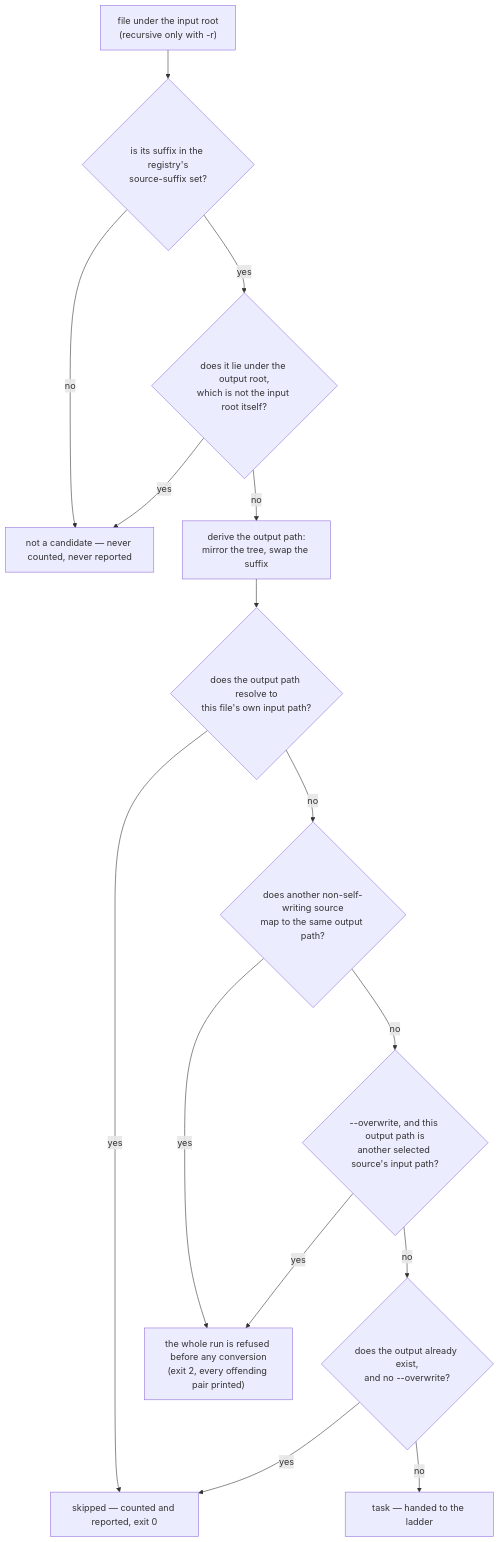
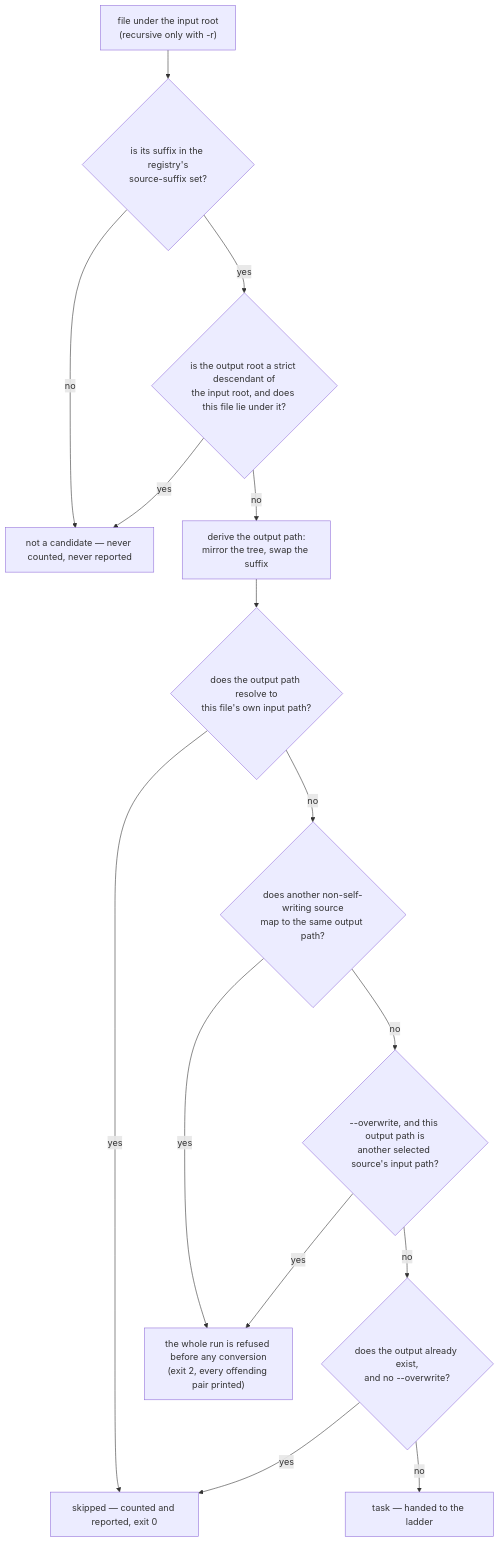
The diagram in docs/design/source-selection.md (bhemsen/converter), drawn with Mermaid before and after one commit. The commit also changed other lines of this file and 2 other files, not shown here.

First line of the commit message:
docs(spec): narrow the output-tree rule, and pin the two whole-set passes

````diff
--- a/docs/design/source-selection.md
+++ b/docs/design/source-selection.md
@@ -18,30 +18,30 @@
 ```mermaid
 flowchart TD
     F["file under the input root<br/>(recursive only with -r)"]
     MEDIA{"is its suffix in the registry's<br/>source-suffix set?"}
-    OWN{"does it lie under the output root,<br/>which is not the input root itself?"}
+    OWN{"is the output root a strict descendant of<br/>the input root, and does this file lie under it?"}
     OUT["derive the output path:<br/>mirror the tree, swap the suffix"]
     SELF{"does the output path resolve to<br/>this file's own input path?"}
     COLL{"does another non-self-writing source<br/>map to the same output path?"}
     HAZ{"--overwrite, and this output path is<br/>another selected source's input path?"}
     EXISTS{"does the output already exist,<br/>and no --overwrite?"}
     TASK["task — handed to the ladder"]
     SKIP["skipped — counted and reported, exit 0"]
     NOTCAND["not a candidate — never counted, never reported"]
     REFUSE["the whole run is refused before any conversion<br/>(exit 2, every offending pair printed)"]
 
     F --> MEDIA
     MEDIA -->|"no"| NOTCAND
     MEDIA -->|"yes"| OWN
     OWN -->|"yes"| NOTCAND
     OWN -->|"no"| OUT
     OUT --> SELF
     SELF -->|"yes"| SKIP
     SELF -->|"no"| COLL
     COLL -->|"yes"| REFUSE
     COLL -->|"no"| HAZ
     HAZ -->|"yes"| REFUSE
     HAZ -->|"no"| EXISTS
     EXISTS -->|"yes"| SKIP
     EXISTS -->|"no"| TASK
 ```
````
